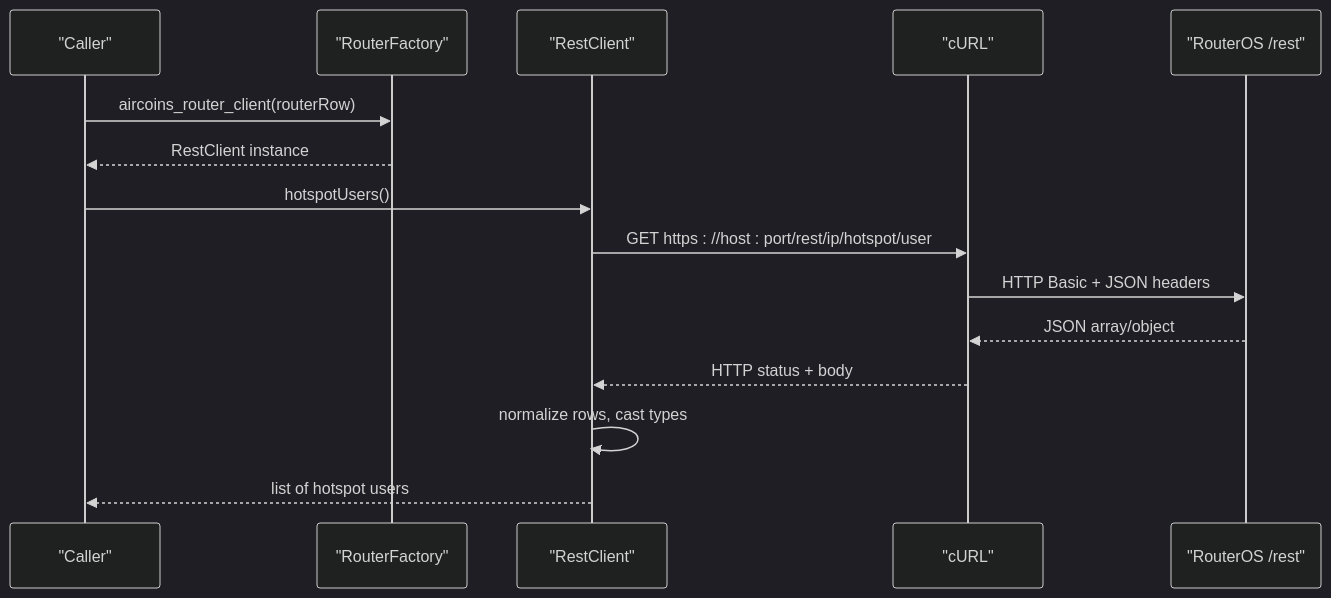
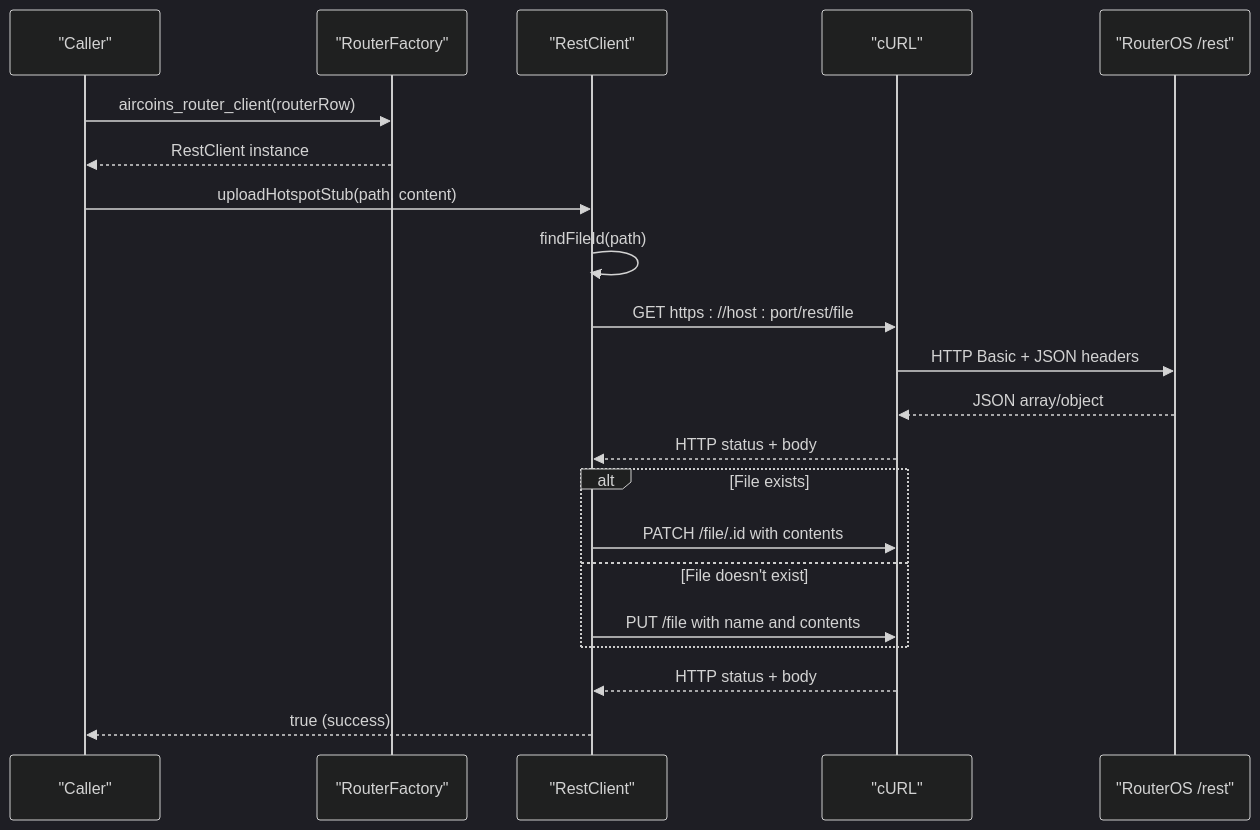
One commit to Djnirds1984/MT-CONTROLLER-PISOWIFI changed the second of 6 diagrams in .qoder/repowiki/en/content/RouterOS Integration/REST API Client.md. Above: the diagram before and after it, drawn with Mermaid (dark theme). The commit also changed other lines of this file and 45 other files, not shown here.

````diff
--- a/.qoder/repowiki/en/content/RouterOS Integration/REST API Client.md
+++ b/.qoder/repowiki/en/content/RouterOS Integration/REST API Client.md
@@ -89,17 +98,23 @@
 ```mermaid
 sequenceDiagram
 participant Caller as "Caller"
 participant Factory as "RouterFactory"
 participant Client as "RestClient"
 participant Curl as "cURL"
 participant Router as "RouterOS /rest"
 Caller->>Factory : aircoins_router_client(routerRow)
 Factory-->>Caller : RestClient instance
-Caller->>Client : hotspotUsers()
-Client->>Curl : GET https : //host : port/rest/ip/hotspot/user
+Caller->>Client : uploadHotspotStub(path, content)
+Client->>Client : findFileId(path)
+Client->>Curl : GET https : //host : port/rest/file
 Curl->>Router : HTTP Basic + JSON headers
 Router-->>Curl : JSON array/object
 Curl-->>Client : HTTP status + body
-Client->>Client : normalize rows, cast types
-Client-->>Caller : list of hotspot users
+alt File exists
+Client->>Curl : PATCH /file/.id with contents
+else File doesn't exist
+Client->>Curl : PUT /file with name and contents
+end
+Curl-->>Client : HTTP status + body
+Client-->>Caller : true (success)
 ```
````
